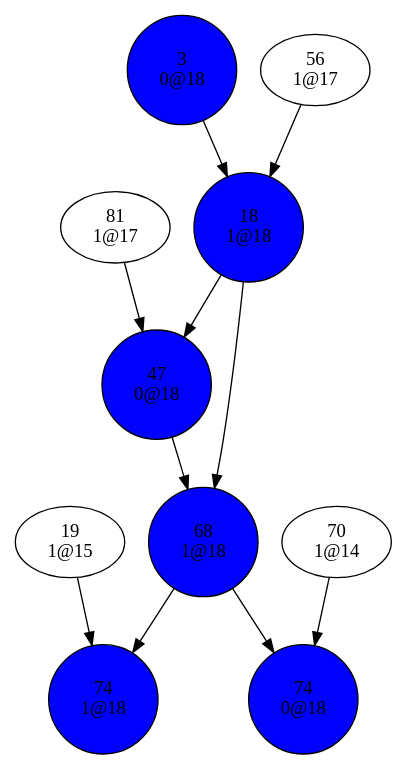
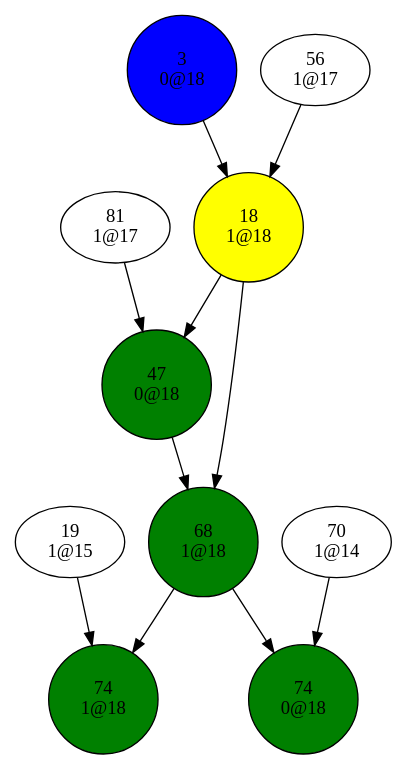
One commit to Oxmose/SATSolver changed the diagram in dev/bin/conflictGraph2.dot. Above: the diagram before and after it, drawn with Graphviz. The commit also changed 4 other files, not shown here.

```diff
--- a/dev/bin/conflictGraph2.dot
+++ b/dev/bin/conflictGraph2.dot
@@ -1,48 +1,48 @@
 digraph {
 "3
 0@18"->"18
 1@18";
 "18
 1@18"->"47
 0@18";
 "18
 1@18"->"68
 1@18";
 "19
 1@15"->"74
 1@18";
 "47
 0@18"->"68
 1@18";
 "56
 1@17"->"18
 1@18";
 "68
 1@18"->"74
 0@18";
 "68
 1@18"->"74
 1@18";
 "70
 1@14"->"74
 0@18";
 "74
 0@18";
 "74
 1@18";
 "81
 1@17"->"47
 0@18";
 "3
 0@18"[shape=circle, style=filled, fillcolor=blue];
 "18
-1@18"[shape=circle, style=filled, fillcolor=blue];
+1@18"[shape=circle, style=filled, fillcolor=yellow];
 "47
-0@18"[shape=circle, style=filled, fillcolor=blue];
+0@18"[shape=circle, style=filled, fillcolor=green];
 "68
-1@18"[shape=circle, style=filled, fillcolor=blue];
+1@18"[shape=circle, style=filled, fillcolor=green];
 "74
-0@18"[shape=circle, style=filled, fillcolor=blue];
+0@18"[shape=circle, style=filled, fillcolor=green];
 "74
-1@18"[shape=circle, style=filled, fillcolor=blue];
+1@18"[shape=circle, style=filled, fillcolor=green];
 }
```
